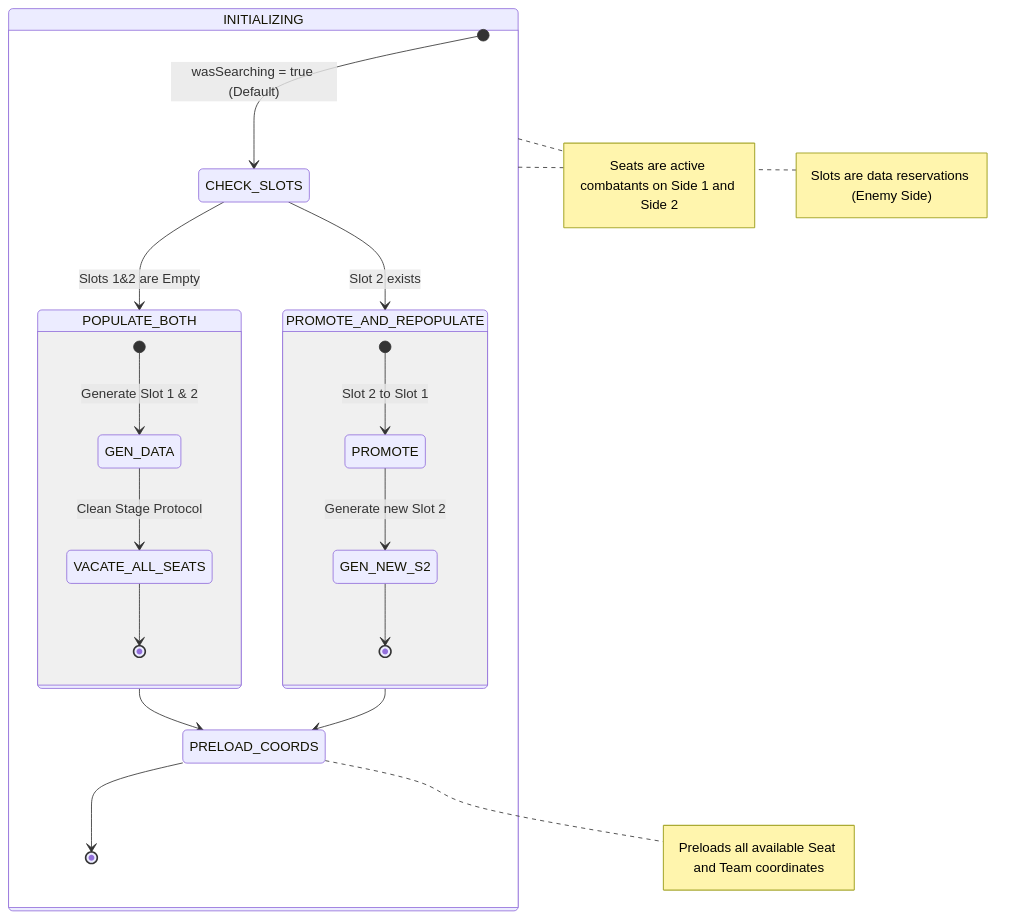
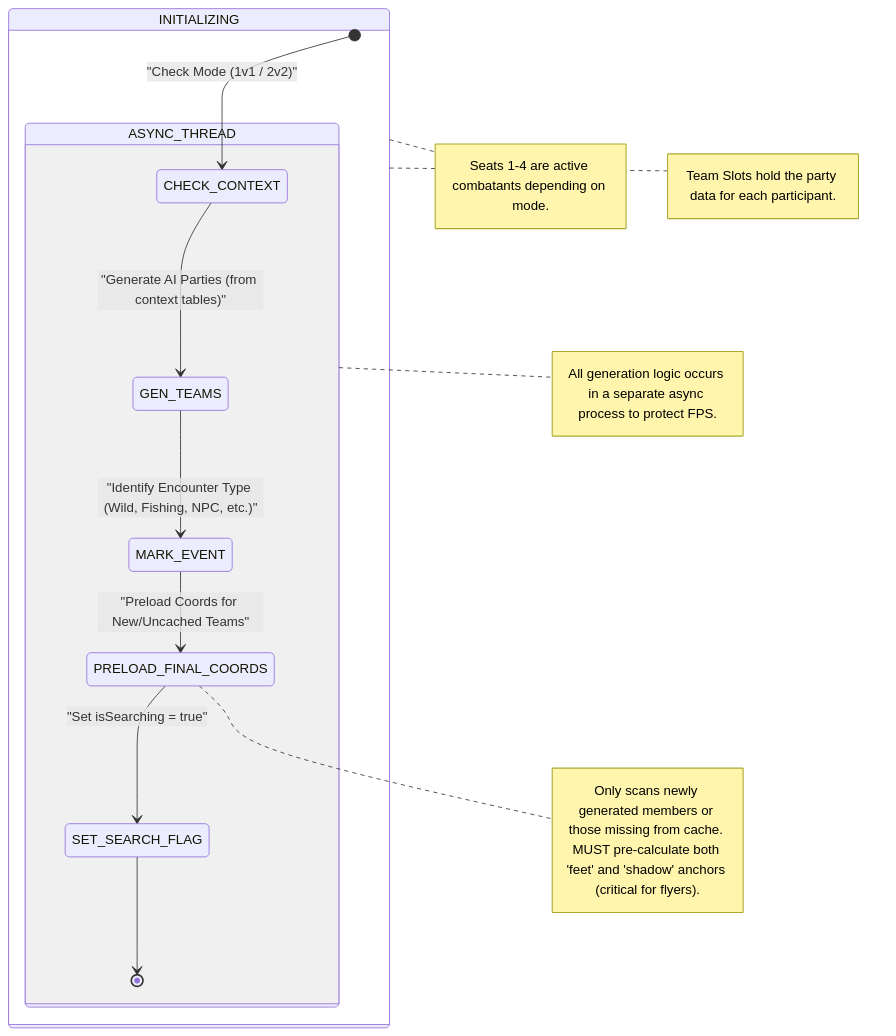
One commit to Darkham77/PokeBorrador changed the third of 18 diagrams in .agents/skills/project-standards/references/battle/battle_mechanics_manual.md. Above: the diagram before and after it, drawn with Mermaid. The commit also changed other lines of this file and 20 other files, not shown here.

````diff
--- a/.agents/skills/project-standards/references/battle/battle_mechanics_manual.md
+++ b/.agents/skills/project-standards/references/battle/battle_mechanics_manual.md
@@ -414,31 +404,19 @@
 ```mermaid
 stateDiagram-v2
     state INITIALIZING {
-        [*] --> CHECK_SLOTS : wasSearching = true (Default)
+        [*] --> CHECK_CONTEXT : "Check Mode (1v1 / 2v2)"
         
-        state CHECK_SLOTS <<choice>>
-        CHECK_SLOTS --> POPULATE_BOTH : Slots 1&2 are Empty
-        CHECK_SLOTS --> PROMOTE_AND_REPOPULATE : Slot 2 exists
-        
-        state POPULATE_BOTH {
-            [*] --> GEN_DATA : Generate Slot 1 & 2
-            GEN_DATA --> VACATE_ALL_SEATS : Clean Stage Protocol
-            VACATE_ALL_SEATS --> [*]
+        state ASYNC_THREAD {
+            CHECK_CONTEXT --> GEN_TEAMS : "Generate AI Parties (from context tables)"
+            GEN_TEAMS --> MARK_EVENT : "Identify Encounter Type (Wild, Fishing, NPC, etc.)"
+            MARK_EVENT --> PRELOAD_FINAL_COORDS : "Preload Coords for New/Uncached Teams"
+            PRELOAD_FINAL_COORDS --> SET_SEARCH_FLAG : "Set isSearching = true"
+            SET_SEARCH_FLAG --> [*]
         }
-        
-        state PROMOTE_AND_REPOPULATE {
-            [*] --> PROMOTE : Slot 2 to Slot 1
-            PROMOTE --> GEN_NEW_S2 : Generate new Slot 2
-            GEN_NEW_S2 --> [*]
-        }
-        
-        POPULATE_BOTH --> PRELOAD_COORDS
-        PROMOTE_AND_REPOPULATE --> PRELOAD_COORDS
-        
-        PRELOAD_COORDS --> [*]
     }
     
-    note right of INITIALIZING: Seats are active combatants on Side 1 and Side 2
-    note right of INITIALIZING: Slots are data reservations (Enemy Side)
-    note right of PRELOAD_COORDS: Preloads all available Seat and Team coordinates
+    note right of ASYNC_THREAD: All generation logic occurs in a separate async process to protect FPS.
+    note right of PRELOAD_FINAL_COORDS: Only scans newly generated members or those missing from cache. MUST pre-calculate both 'feet' and 'shadow' anchors (critical for flyers).
+    note right of INITIALIZING: Seats 1-4 are active combatants depending on mode.
+    note right of INITIALIZING: Team Slots hold the party data for each participant.
 ```
````
